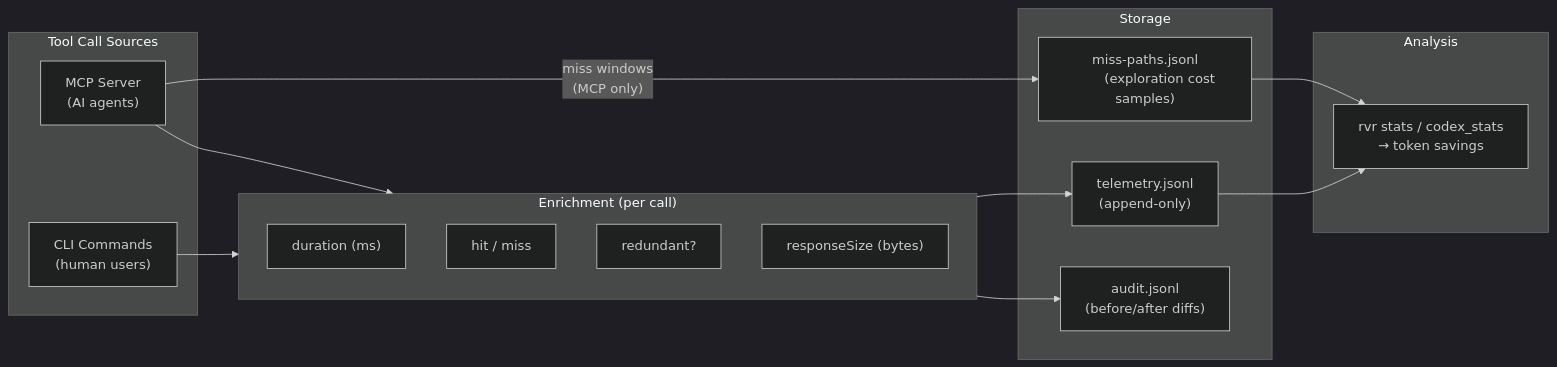
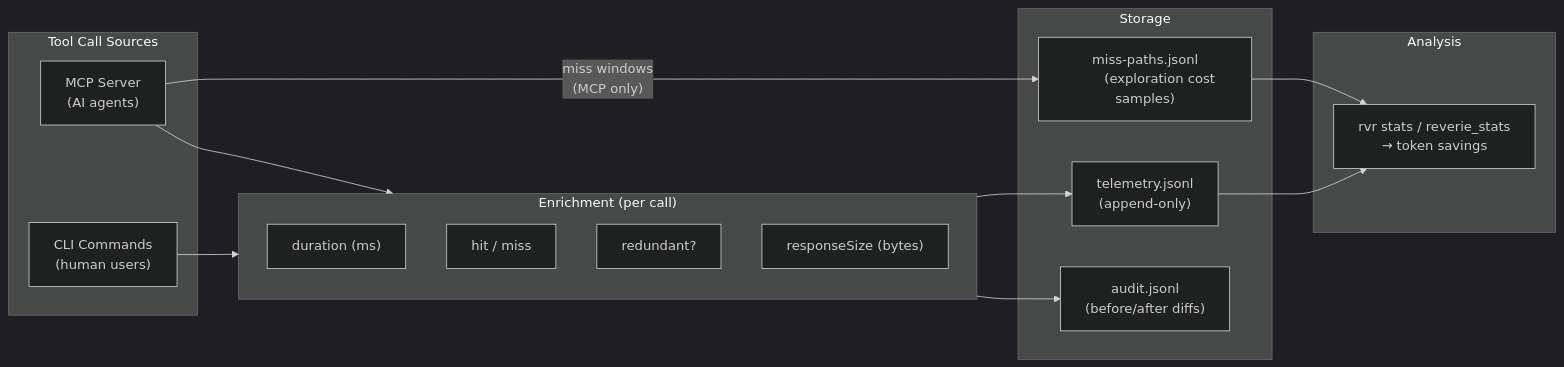
Before and after one commit to seabearDEV/Reverie: the sixth of 6 diagrams in docs/token-savings.md, drawn with Mermaid (dark theme). The commit also changed other lines of this file and 162 other files, not shown here.

````diff
--- a/docs/token-savings.md
+++ b/docs/token-savings.md
@@ -360,39 +360,39 @@
 ```mermaid
 flowchart LR
     subgraph sources ["Tool Call Sources"]
         MCP["MCP Server
         (AI agents)"]
         CLI["CLI Commands
         (human users)"]
     end
 
     subgraph enrichment ["Enrichment (per call)"]
         DUR["duration (ms)"]
         HIT["hit / miss"]
         RED["redundant?"]
         SIZE["responseSize (bytes)"]
     end
 
     subgraph storage ["Storage"]
         TEL["telemetry.jsonl
         (append-only)"]
         AUD["audit.jsonl
         (before/after diffs)"]
         MP["miss-paths.jsonl
         (exploration cost samples)"]
     end
 
     subgraph analysis ["Analysis"]
-        STATS["rvr stats / codex_stats
+        STATS["rvr stats / reverie_stats
         → token savings"]
     end
 
     MCP --> enrichment
     CLI --> enrichment
     enrichment --> TEL
     enrichment --> AUD
     MCP -->|"miss windows
     (MCP only)"| MP
     TEL --> STATS
     MP --> STATS
 ```
````
